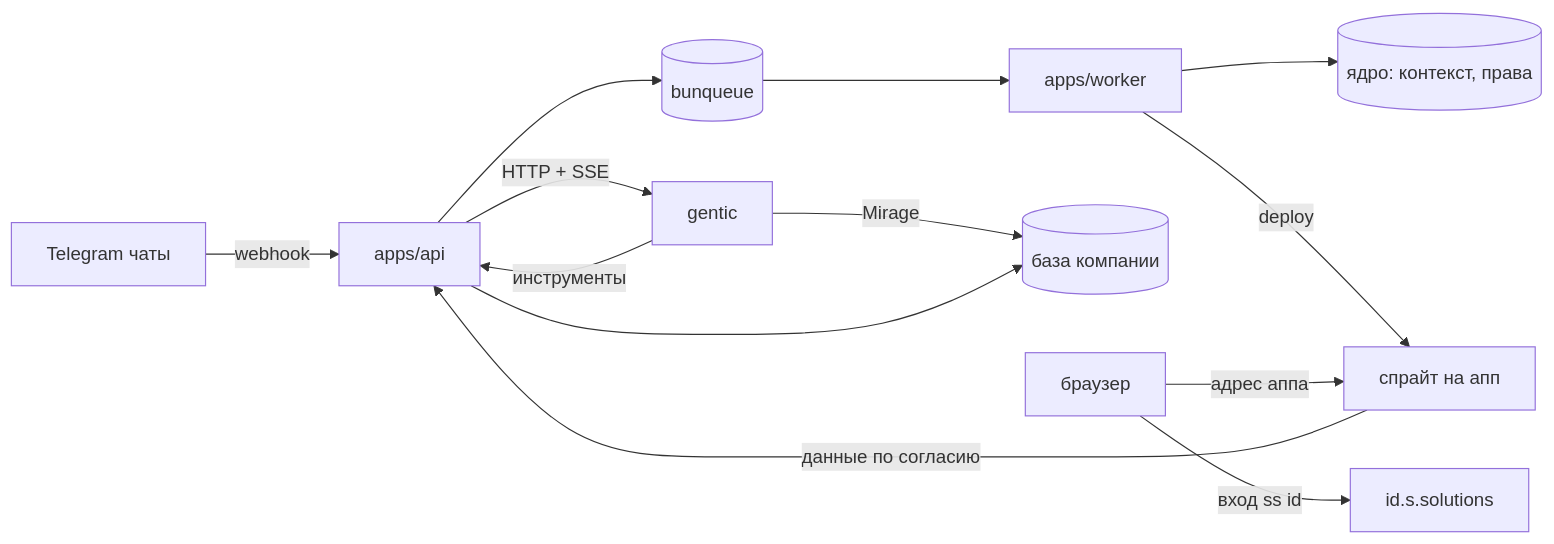
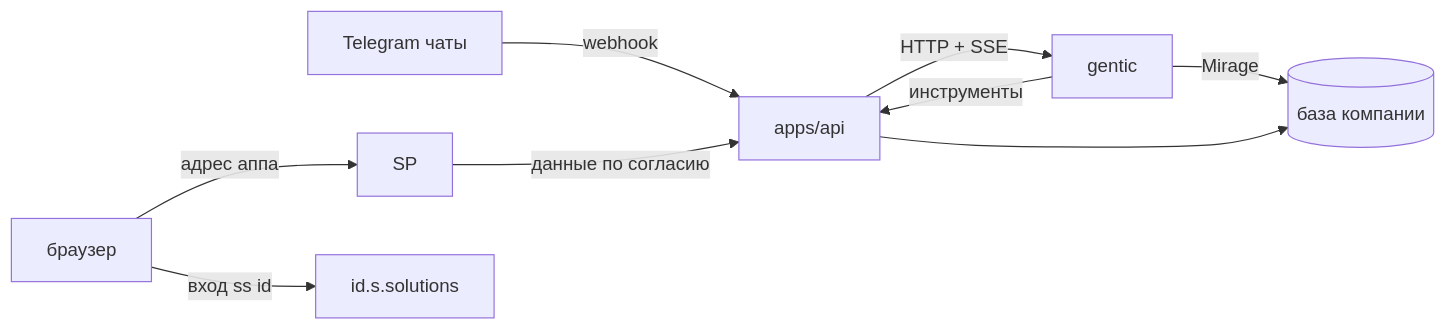
The diagram in docs/architecture.md (imevro/ss), drawn with Mermaid before and after one commit. The commit also changed other lines of this file and 36 other files, not shown here.

````diff
--- a/docs/architecture.md
+++ b/docs/architecture.md
@@ -99,15 +98,11 @@
 ```mermaid
 flowchart LR
   TG[Telegram чаты] -->|webhook| API[apps/api]
-  API --> Q[(bunqueue)]
-  Q --> W[apps/worker]
-  W --> CORE[(ядро: контекст, права)]
   API -->|HTTP + SSE| G[gentic]
   G -->|Mirage| DB[(база компании)]
   G -->|инструменты| API
-  W -->|deploy| SP[спрайт на апп]
   BROWSER[браузер] -->|адрес аппа| SP
   BROWSER -->|вход ss id| ID[id.s.solutions]
   SP -->|данные по согласию| API
   API --> DB
 ```
````
